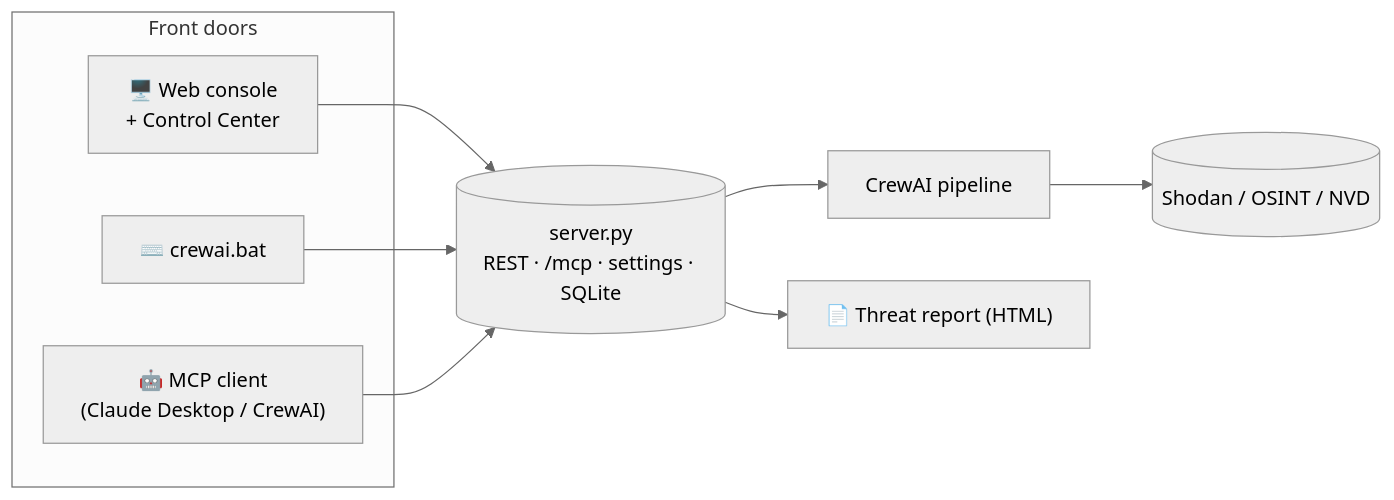
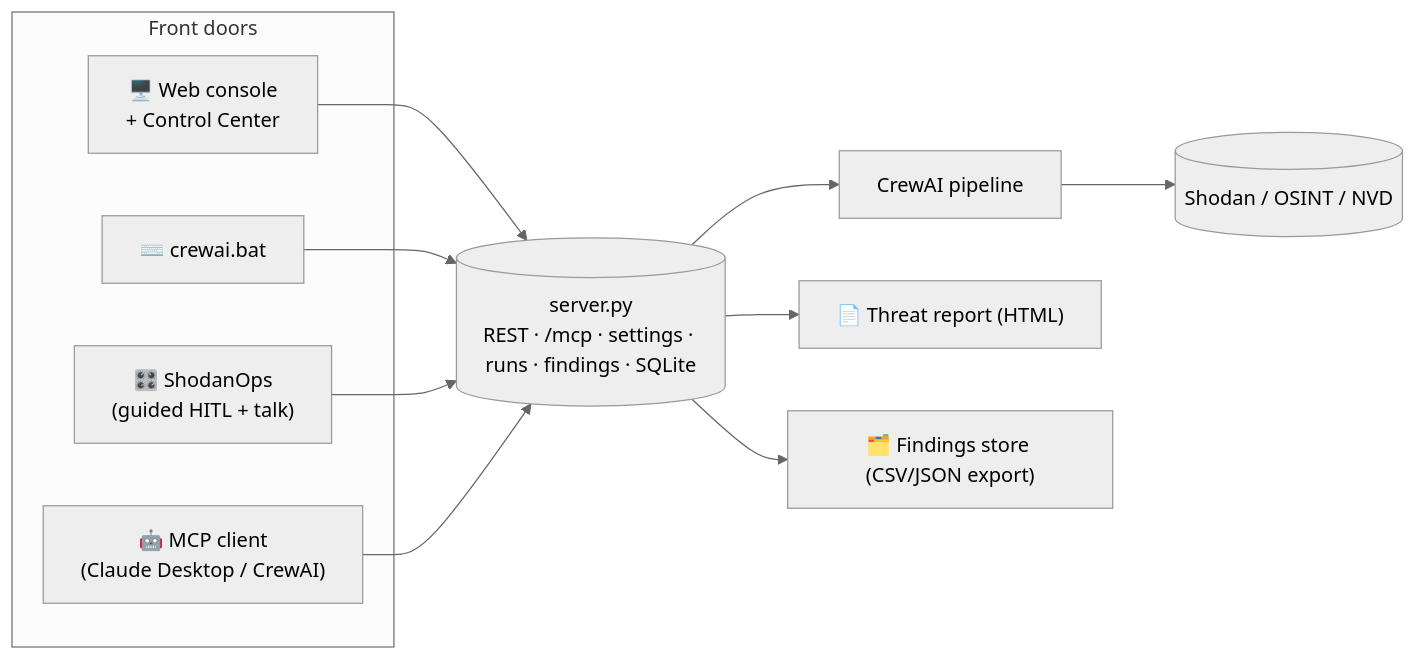
One commit to maaamamia/shodansnipe_crew-v2 changed the first of 2 diagrams in README.md. Above: the diagram before and after it, drawn with Mermaid (neutral theme). The commit also changed other lines of this file, not shown here.

````diff
--- a/README.md
+++ b/README.md
@@ -80,15 +104,18 @@
 ```mermaid
 flowchart LR
     subgraph Front doors
       G["🖥️ Web console<br/>+ Control Center"]
       C["⌨️ crewai.bat"]
+      P["🎛️ ShodanOps<br/>(guided HITL + talk)"]
       M["🤖 MCP client<br/>(Claude Desktop / CrewAI)"]
     end
-    S[("server.py<br/>REST · /mcp · settings · SQLite")]
+    S[("server.py<br/>REST · /mcp · settings · runs · findings · SQLite")]
     G --> S
     C --> S
+    P --> S
     M --> S
     S --> CR["CrewAI pipeline"]
     CR --> SH[("Shodan / OSINT / NVD")]
     S --> RP["📄 Threat report (HTML)"]
+    S --> FD["🗂️ Findings store (CSV/JSON export)"]
 ```
````
